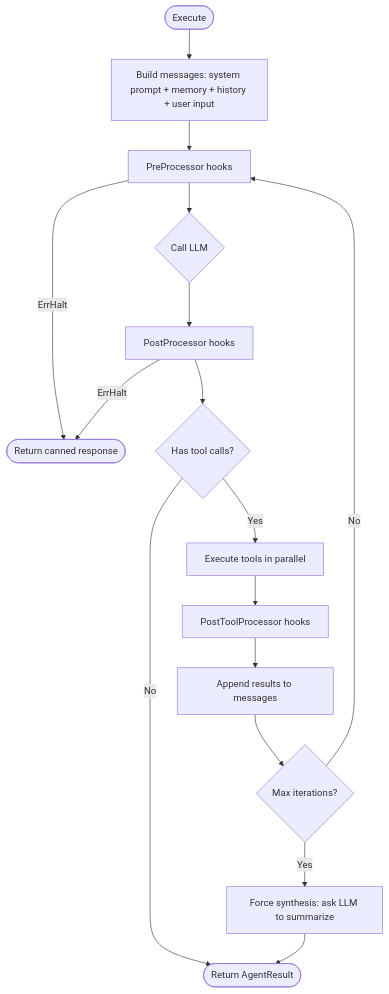
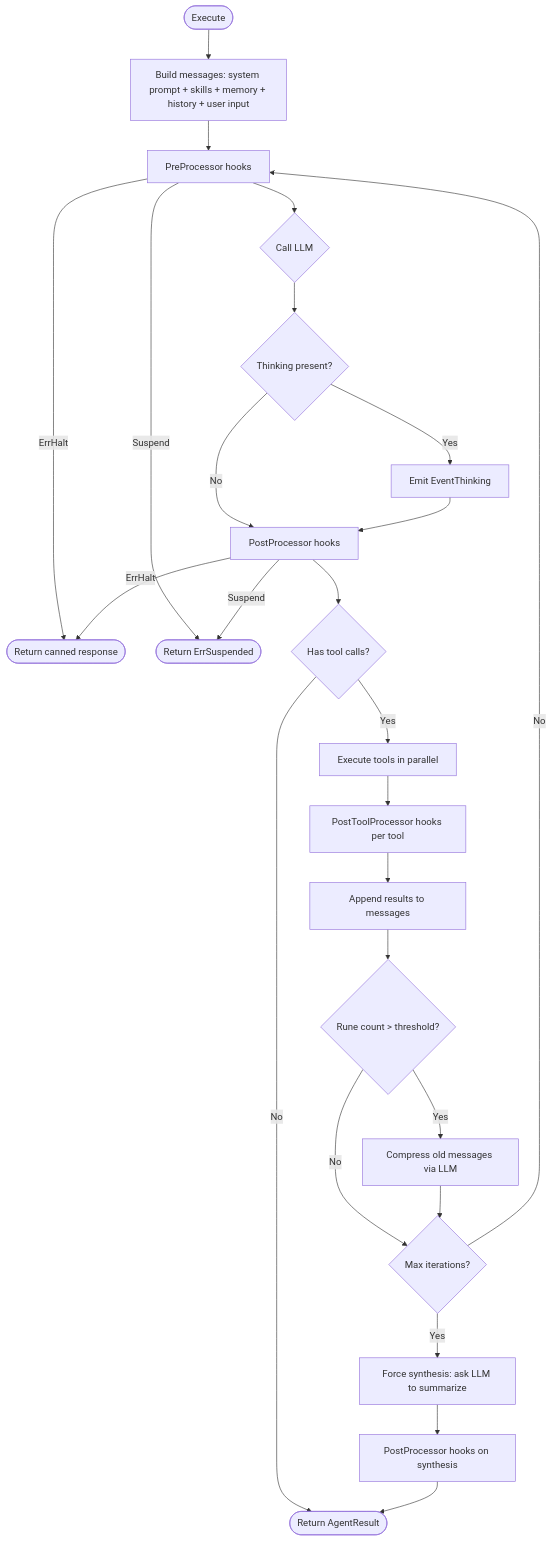
One commit to nevindra/oasis changed the diagram in docs/concepts/agent.md. Above: the diagram before and after it, drawn with Mermaid. The commit also changed other lines of this file and 15 other files, not shown here.

````diff
--- a/docs/concepts/agent.md
+++ b/docs/concepts/agent.md
@@ -39,18 +39,27 @@
 ```mermaid
 flowchart TD
-    START([Execute]) --> BUILD[Build messages: system prompt + memory + history + user input]
+    START([Execute]) --> BUILD[Build messages: system prompt + skills + memory + history + user input]
     BUILD --> PRE[PreProcessor hooks]
     PRE -->|ErrHalt| HALT([Return canned response])
+    PRE -->|Suspend| SUSPENDED([Return ErrSuspended])
     PRE --> LLM{Call LLM}
-    LLM --> POST[PostProcessor hooks]
+    LLM --> THINK{Thinking present?}
+    THINK -->|Yes| EMIT_THINK[Emit EventThinking]
+    THINK -->|No| POST
+    EMIT_THINK --> POST[PostProcessor hooks]
     POST -->|ErrHalt| HALT
+    POST -->|Suspend| SUSPENDED
     POST --> CHECK{Has tool calls?}
     CHECK -->|No| DONE([Return AgentResult])
     CHECK -->|Yes| DISPATCH[Execute tools in parallel]
-    DISPATCH --> POSTTOOL[PostToolProcessor hooks]
+    DISPATCH --> POSTTOOL[PostToolProcessor hooks per tool]
     POSTTOOL --> APPEND[Append results to messages]
-    APPEND --> ITER{Max iterations?}
+    APPEND --> COMPRESS{Rune count > threshold?}
+    COMPRESS -->|Yes| SUMMARIZE[Compress old messages via LLM]
+    COMPRESS -->|No| ITER
+    SUMMARIZE --> ITER{Max iterations?}
     ITER -->|No| PRE
     ITER -->|Yes| SYNTH[Force synthesis: ask LLM to summarize]
-    SYNTH --> DONE
+    SYNTH --> SYNTHPOST[PostProcessor hooks on synthesis]
+    SYNTHPOST --> DONE
 ```
````
